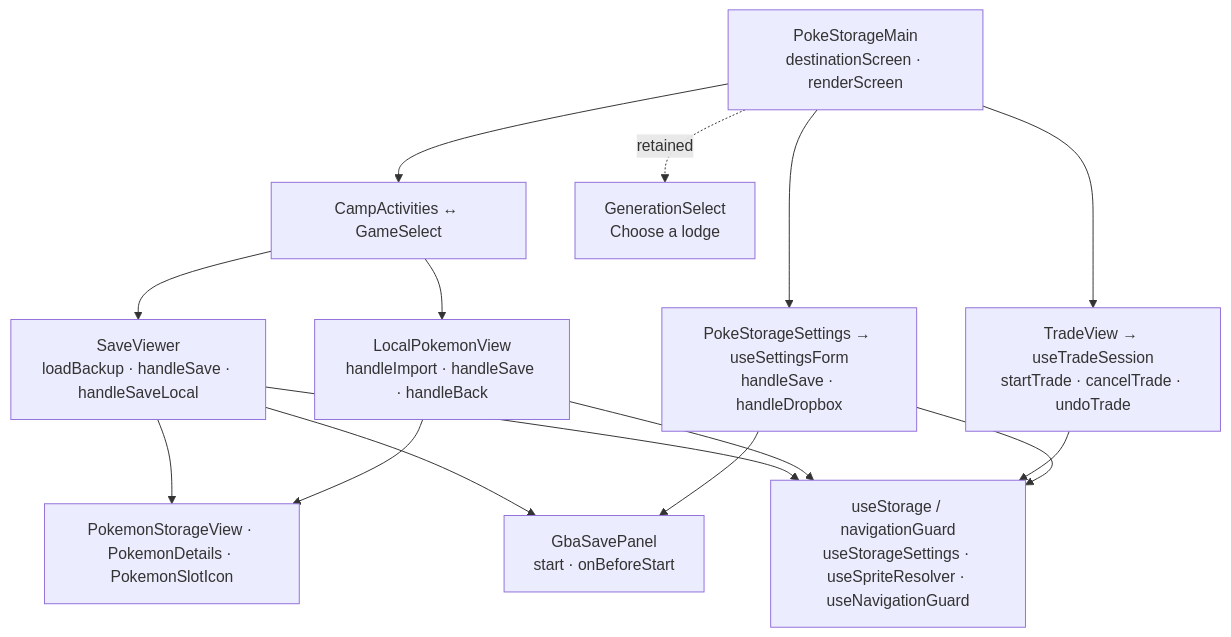
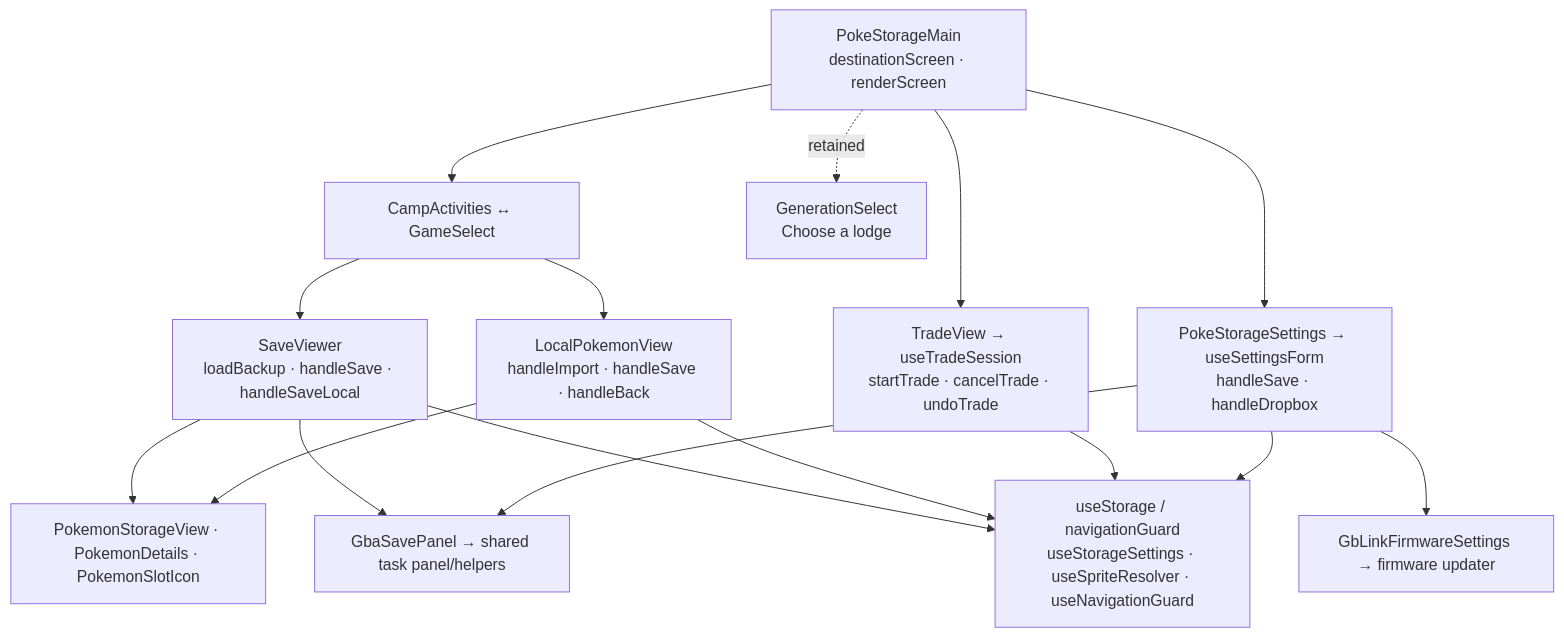
One commit to MercuryEnigma/pkcamp changed the diagram in src/pages/pokestorage/ARCHITECTURE.md. Above: the diagram before and after it, drawn with Mermaid. The commit also changed other lines of this file and 133 other files, not shown here.

````diff
--- a/src/pages/pokestorage/ARCHITECTURE.md
+++ b/src/pages/pokestorage/ARCHITECTURE.md
@@ -20,12 +22,13 @@
 ```mermaid
 flowchart TB
   Main["PokeStorageMain<br/>destinationScreen · renderScreen"] --> Menu["CampActivities ↔ GameSelect"]
   Main -. retained .-> Chooser["GenerationSelect<br/>Choose a lodge"]
   Menu --> Save["SaveViewer<br/>loadBackup · handleSave · handleSaveLocal"]
   Menu --> Camp["LocalPokemonView<br/>handleImport · handleSave · handleBack"]
   Main --> Trade["TradeView → useTradeSession<br/>startTrade · cancelTrade · undoTrade"]
   Main --> Settings["PokeStorageSettings → useSettingsForm<br/>handleSave · handleDropbox"]
   Save & Camp --> Grid["PokemonStorageView · PokemonDetails · PokemonSlotIcon"]
-  Save & Settings --> GBA["GbaSavePanel<br/>start · onBeforeStart"]
+  Save & Settings --> GBA["GbaSavePanel → shared task panel/helpers"]
+  Settings --> Firmware["GbLinkFirmwareSettings → firmware updater"]
   Save & Camp & Trade & Settings --> Shared["useStorage / navigationGuard<br/>useStorageSettings · useSpriteResolver · useNavigationGuard"]
 ```
````
